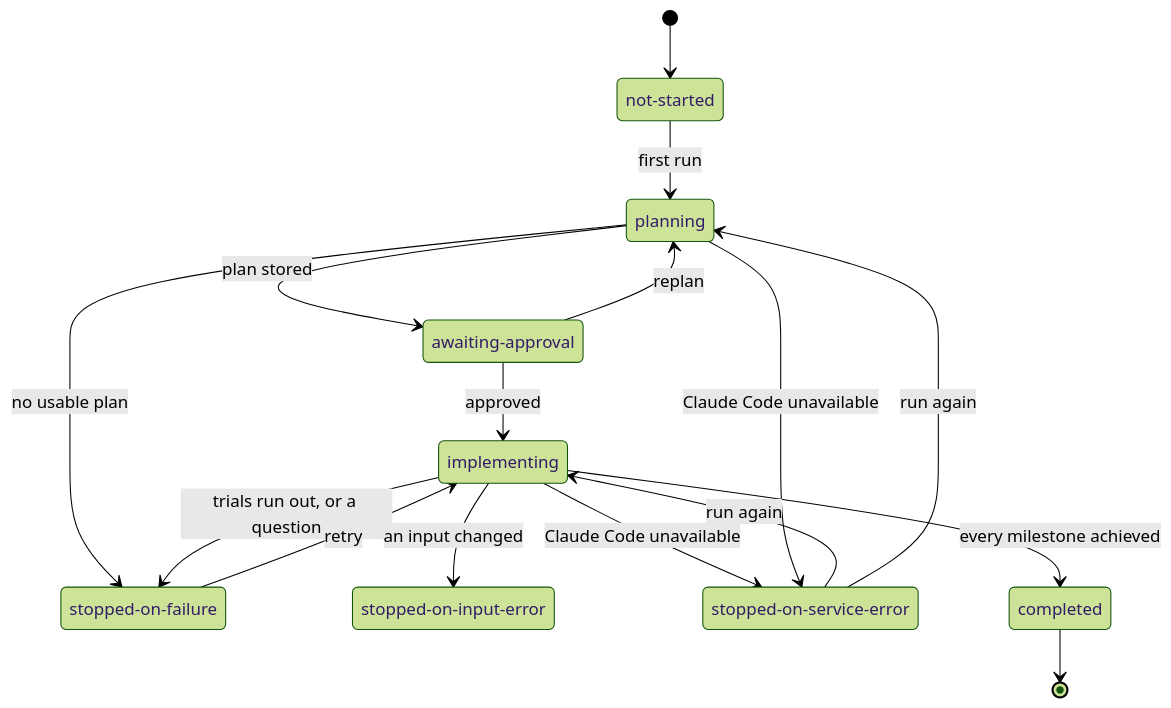
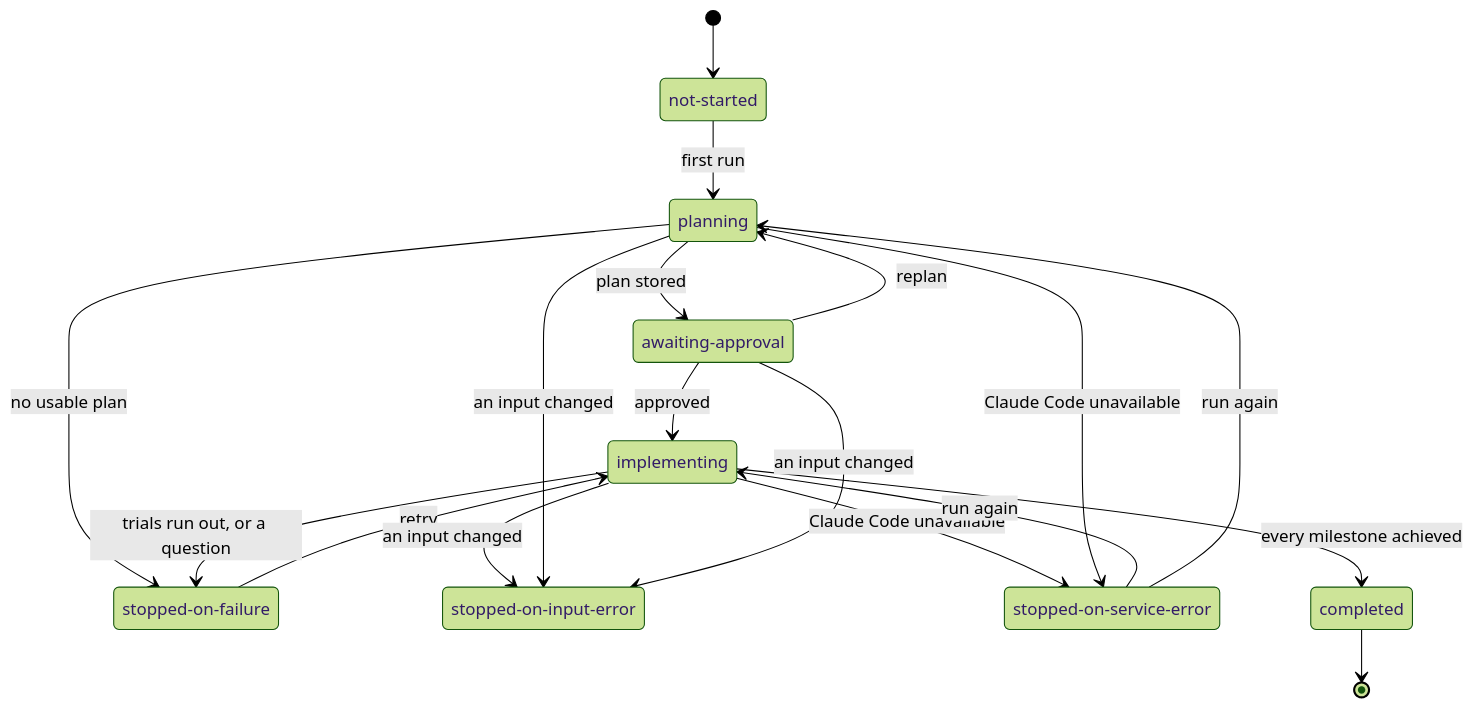
Before and after one commit to youssef7ussien/claude-devloops: the second of 6 diagrams in docs/how-it-works/statuses.md, drawn with Mermaid (forest theme). The commit also changed other lines of this file and 64 other files, not shown here.

````diff
--- a/docs/how-it-works/statuses.md
+++ b/docs/how-it-works/statuses.md
@@ -64,23 +65,25 @@
 ```mermaid
 stateDiagram-v2
   state "not-started" as notStarted
   state "awaiting-approval" as awaiting
   state "stopped-on-failure" as onFailure
   state "stopped-on-input-error" as onInput
   state "stopped-on-service-error" as onService
   [*] --> notStarted
   notStarted --> planning: first run
   planning --> awaiting: plan stored
   awaiting --> implementing: approved
   awaiting --> planning: replan
   implementing --> completed: every milestone achieved
   planning --> onFailure: no usable plan
   implementing --> onFailure: trials run out, or a question
   onFailure --> implementing: retry
   implementing --> onInput: an input changed
+  planning --> onInput: an input changed
+  awaiting --> onInput: an input changed
   implementing --> onService: Claude Code unavailable
   planning --> onService: Claude Code unavailable
   onService --> implementing: run again
   onService --> planning: run again
   completed --> [*]
 ```
````
